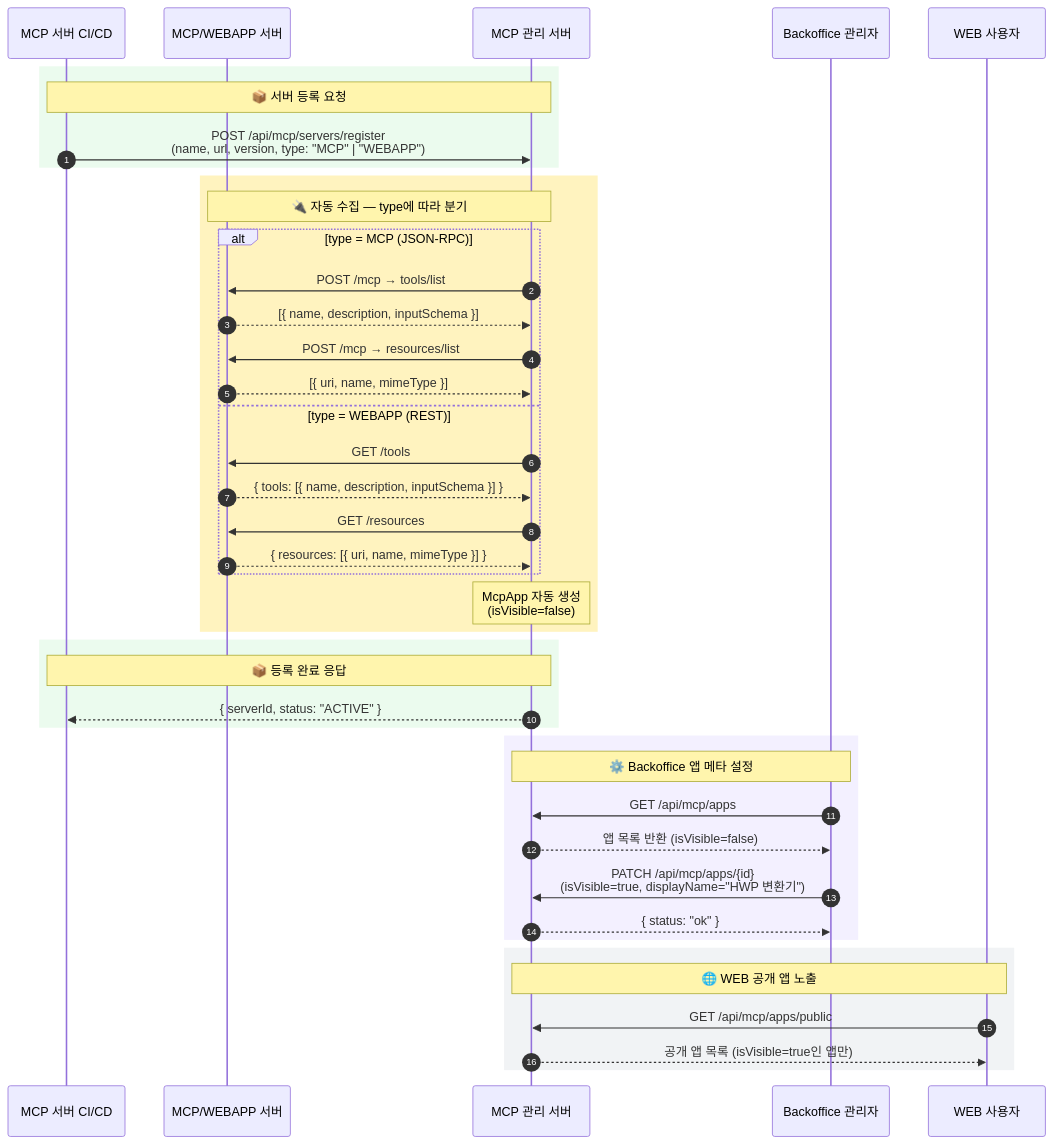
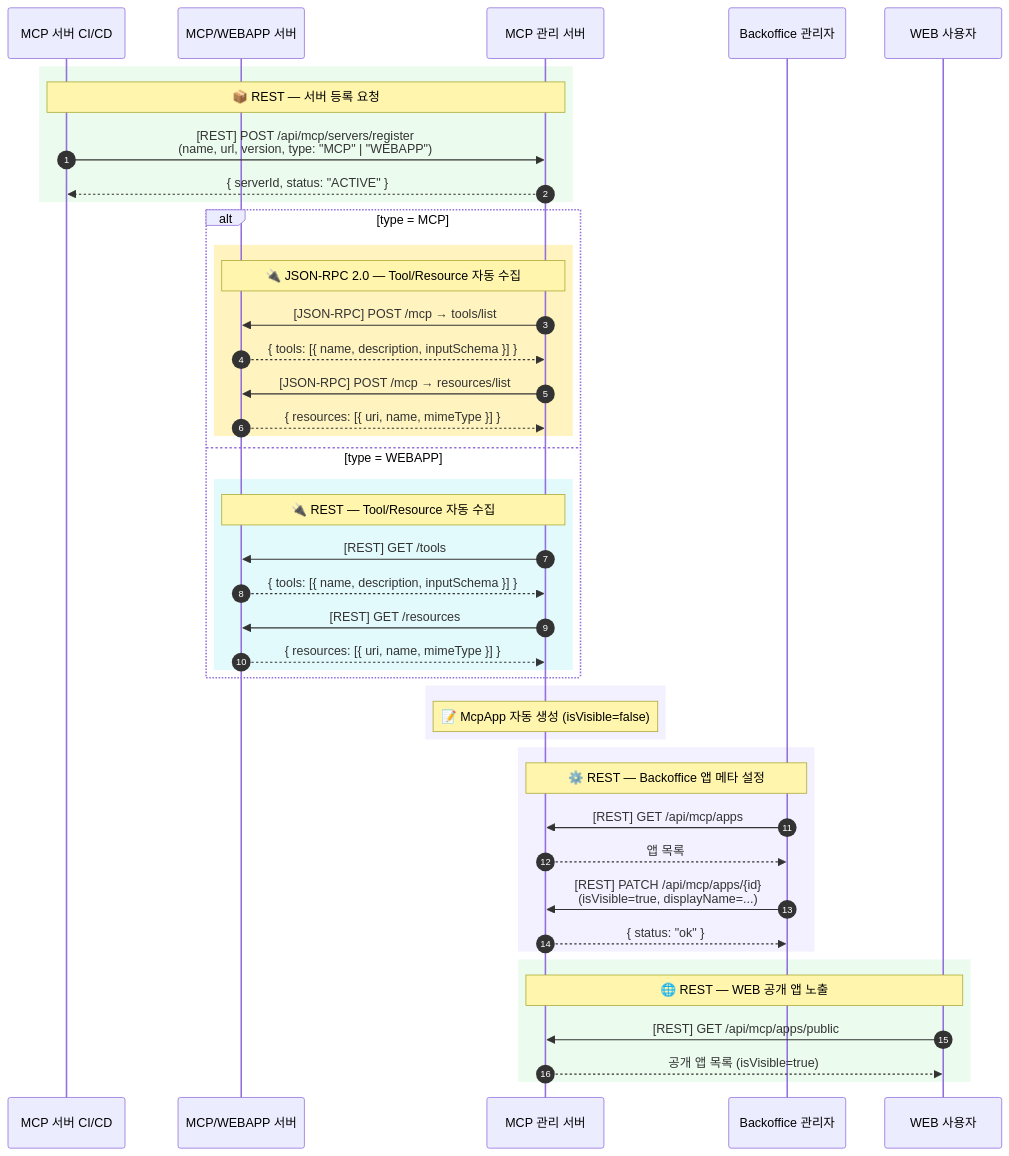
One commit to theo-s-park/POC_MCP_Ochestrator changed the first of 3 diagrams in docs/img/sequence-diagram.md. Above: the diagram before and after it, drawn with Mermaid. The commit also changed other lines of this file, not shown here.

First line of the commit message:
docs: 시퀀스 다이어그램 REST/JSON-RPC 시각적 구분 강화

````diff
--- a/docs/img/sequence-diagram.md
+++ b/docs/img/sequence-diagram.md
@@ -7,49 +13,51 @@
 ```mermaid
 sequenceDiagram
     autonumber
     participant CICD as MCP 서버 CI/CD
     participant SRV  as MCP/WEBAPP 서버
     participant MCP  as MCP 관리 서버
     participant BO   as Backoffice 관리자
     participant WEB  as WEB 사용자
 
     rect rgb(235, 251, 238)
-        note over CICD,MCP: 📦 서버 등록 요청
-        CICD->>MCP: POST /api/mcp/servers/register<br/>(name, url, version, type: "MCP" | "WEBAPP")
+        note over CICD,MCP: 📦 REST — 서버 등록 요청
+        CICD->>MCP: [REST] POST /api/mcp/servers/register<br/>(name, url, version, type: "MCP" | "WEBAPP")
+        MCP-->>CICD: { serverId, status: "ACTIVE" }
     end
 
-    rect rgb(255, 243, 191)
-        note over MCP,SRV: 🔌 자동 수집 — type에 따라 분기
-        alt type = MCP (JSON-RPC)
-            MCP->>SRV: POST /mcp → tools/list
-            SRV-->>MCP: [{ name, description, inputSchema }]
-            MCP->>SRV: POST /mcp → resources/list
-            SRV-->>MCP: [{ uri, name, mimeType }]
-        else type = WEBAPP (REST)
-            MCP->>SRV: GET /tools
+    alt type = MCP
+        rect rgb(255, 243, 191)
+            note over MCP,SRV: 🔌 JSON-RPC 2.0 — Tool/Resource 자동 수집
+            MCP->>SRV: [JSON-RPC] POST /mcp → tools/list
             SRV-->>MCP: { tools: [{ name, description, inputSchema }] }
-            MCP->>SRV: GET /resources
+            MCP->>SRV: [JSON-RPC] POST /mcp → resources/list
             SRV-->>MCP: { resources: [{ uri, name, mimeType }] }
         end
-        note over MCP: McpApp 자동 생성<br/>(isVisible=false)
+    else type = WEBAPP
+        rect rgb(227, 250, 252)
+            note over MCP,SRV: 🔌 REST — Tool/Resource 자동 수집
+            MCP->>SRV: [REST] GET /tools
+            SRV-->>MCP: { tools: [{ name, description, inputSchema }] }
+            MCP->>SRV: [REST] GET /resources
+            SRV-->>MCP: { resources: [{ uri, name, mimeType }] }
+        end
+    end
+
+    rect rgb(243, 240, 255)
+        note over MCP: 📝 McpApp 자동 생성 (isVisible=false)
+    end
+
+    rect rgb(243, 240, 255)
+        note over MCP,BO: ⚙️ REST — Backoffice 앱 메타 설정
+        BO->>MCP: [REST] GET /api/mcp/apps
+        MCP-->>BO: 앱 목록
+        BO->>MCP: [REST] PATCH /api/mcp/apps/{id}<br/>(isVisible=true, displayName=...)
+        MCP-->>BO: { status: "ok" }
     end
 
     rect rgb(235, 251, 238)
-        note over CICD,MCP: 📦 등록 완료 응답
-        MCP-->>CICD: { serverId, status: "ACTIVE" }
-    end
-
-    rect rgb(243, 240, 255)
-        note over MCP,BO: ⚙️ Backoffice 앱 메타 설정
-        BO->>MCP: GET /api/mcp/apps
-        MCP-->>BO: 앱 목록 반환 (isVisible=false)
-        BO->>MCP: PATCH /api/mcp/apps/{id}<br/>(isVisible=true, displayName="HWP 변환기")
-        MCP-->>BO: { status: "ok" }
-    end
-
-    rect rgb(241, 243, 245)
-        note over MCP,WEB: 🌐 WEB 공개 앱 노출
-        WEB->>MCP: GET /api/mcp/apps/public
-        MCP-->>WEB: 공개 앱 목록 (isVisible=true인 앱만)
+        note over MCP,WEB: 🌐 REST — WEB 공개 앱 노출
+        WEB->>MCP: [REST] GET /api/mcp/apps/public
+        MCP-->>WEB: 공개 앱 목록 (isVisible=true)
     end
 ```
````
